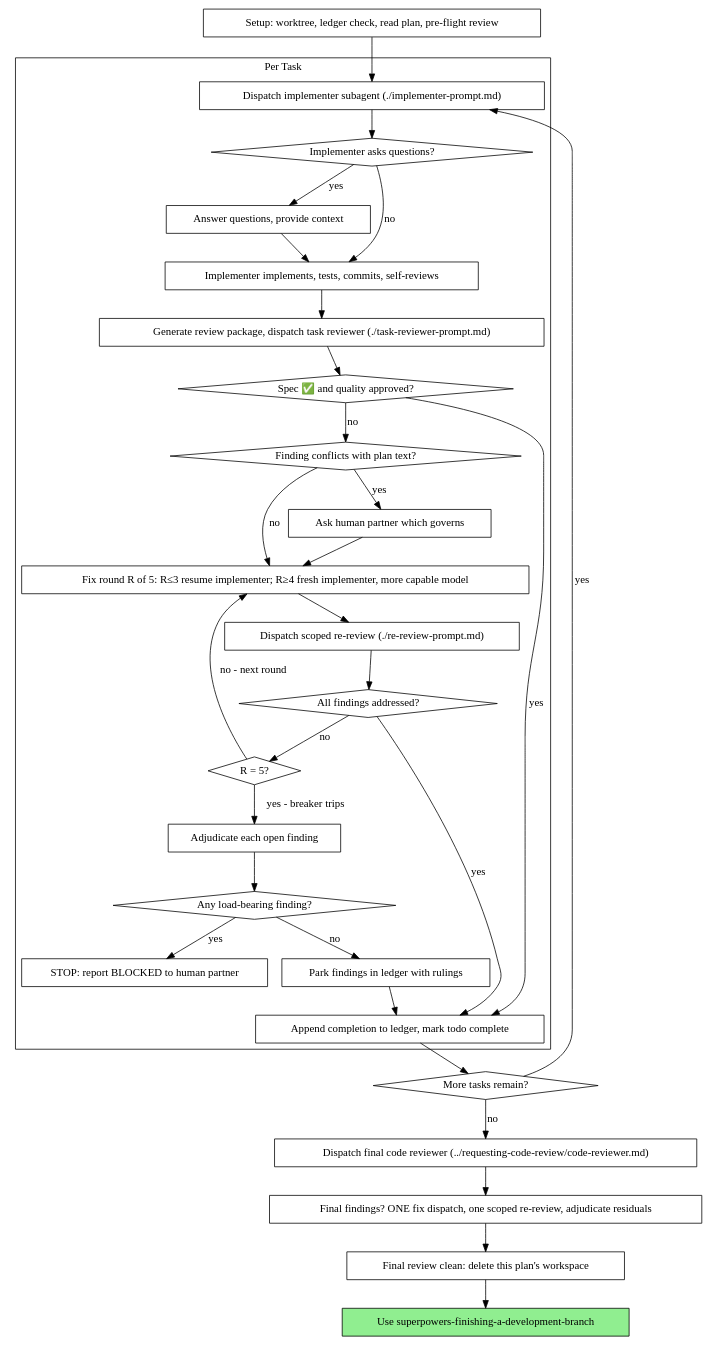
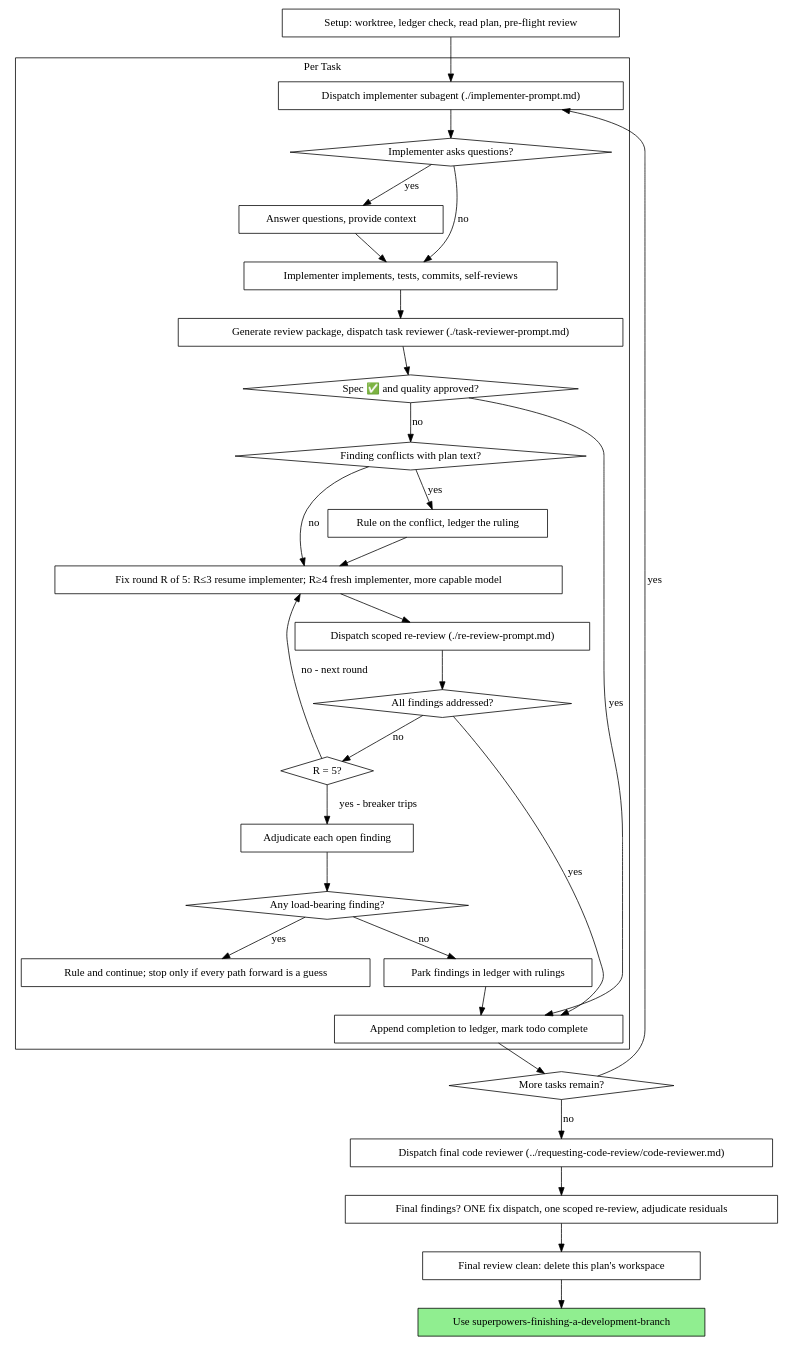
The second of 2 diagrams in .github/skills/superpowers-subagent-driven-development/SKILL.md (pagopa/cloud-strategy.github), drawn with Graphviz before and after one commit. The commit also changed other lines of this file and 29 other files, not shown here.

````diff
--- a/.github/skills/superpowers-subagent-driven-development/SKILL.md
+++ b/.github/skills/superpowers-subagent-driven-development/SKILL.md
@@ -47,62 +61,62 @@
 ```dot
 digraph process {
     rankdir=TB;
 
     subgraph cluster_per_task {
         label="Per Task";
         "Dispatch implementer subagent (./implementer-prompt.md)" [shape=box];
         "Implementer asks questions?" [shape=diamond];
         "Answer questions, provide context" [shape=box];
         "Implementer implements, tests, commits, self-reviews" [shape=box];
         "Generate review package, dispatch task reviewer (./task-reviewer-prompt.md)" [shape=box];
         "Spec ✅ and quality approved?" [shape=diamond];
         "Finding conflicts with plan text?" [shape=diamond];
-        "Ask human partner which governs" [shape=box];
+        "Rule on the conflict, ledger the ruling" [shape=box];
         "Fix round R of 5: R≤3 resume implementer; R≥4 fresh implementer, more capable model" [shape=box];
         "Dispatch scoped re-review (./re-review-prompt.md)" [shape=box];
         "All findings addressed?" [shape=diamond];
         "R = 5?" [shape=diamond];
         "Adjudicate each open finding" [shape=box];
         "Any load-bearing finding?" [shape=diamond];
-        "STOP: report BLOCKED to human partner" [shape=box];
+        "Rule and continue; stop only if every path forward is a guess" [shape=box];
         "Park findings in ledger with rulings" [shape=box];
         "Append completion to ledger, mark todo complete" [shape=box];
     }
 
     "Setup: worktree, ledger check, read plan, pre-flight review" [shape=box];
     "More tasks remain?" [shape=diamond];
     "Dispatch final code reviewer (../requesting-code-review/code-reviewer.md)" [shape=box];
     "Final findings? ONE fix dispatch, one scoped re-review, adjudicate residuals" [shape=box];
     "Final review clean: delete this plan's workspace" [shape=box];
     "Use superpowers-finishing-a-development-branch" [shape=box style=filled fillcolor=lightgreen];
 
     "Setup: worktree, ledger check, read plan, pre-flight review" -> "Dispatch implementer subagent (./implementer-prompt.md)";
     "Dispatch implementer subagent (./implementer-prompt.md)" -> "Implementer asks questions?";
     "Implementer asks questions?" -> "Answer questions, provide context" [label="yes"];
     "Answer questions, provide context" -> "Implementer implements, tests, commits, self-reviews";
     "Implementer asks questions?" -> "Implementer implements, tests, commits, self-reviews" [label="no"];
     "Implementer implements, tests, commits, self-reviews" -> "Generate review package, dispatch task reviewer (./task-reviewer-prompt.md)";
     "Generate review package, dispatch task reviewer (./task-reviewer-prompt.md)" -> "Spec ✅ and quality approved?";
     "Spec ✅ and quality approved?" -> "Append completion to ledger, mark todo complete" [label="yes"];
     "Spec ✅ and quality approved?" -> "Finding conflicts with plan text?" [label="no"];
-    "Finding conflicts with plan text?" -> "Ask human partner which governs" [label="yes"];
-    "Ask human partner which governs" -> "Fix round R of 5: R≤3 resume implementer; R≥4 fresh implementer, more capable model";
+    "Finding conflicts with plan text?" -> "Rule on the conflict, ledger the ruling" [label="yes"];
+    "Rule on the conflict, ledger the ruling" -> "Fix round R of 5: R≤3 resume implementer; R≥4 fresh implementer, more capable model";
     "Finding conflicts with plan text?" -> "Fix round R of 5: R≤3 resume implementer; R≥4 fresh implementer, more capable model" [label="no"];
     "Fix round R of 5: R≤3 resume implementer; R≥4 fresh implementer, more capable model" -> "Dispatch scoped re-review (./re-review-prompt.md)";
     "Dispatch scoped re-review (./re-review-prompt.md)" -> "All findings addressed?";
     "All findings addressed?" -> "Append completion to ledger, mark todo complete" [label="yes"];
     "All findings addressed?" -> "R = 5?" [label="no"];
     "R = 5?" -> "Fix round R of 5: R≤3 resume implementer; R≥4 fresh implementer, more capable model" [label="no - next round"];
     "R = 5?" -> "Adjudicate each open finding" [label="yes - breaker trips"];
     "Adjudicate each open finding" -> "Any load-bearing finding?";
-    "Any load-bearing finding?" -> "STOP: report BLOCKED to human partner" [label="yes"];
+    "Any load-bearing finding?" -> "Rule and continue; stop only if every path forward is a guess" [label="yes"];
     "Any load-bearing finding?" -> "Park findings in ledger with rulings" [label="no"];
     "Park findings in ledger with rulings" -> "Append completion to ledger, mark todo complete";
     "Append completion to ledger, mark todo complete" -> "More tasks remain?";
     "More tasks remain?" -> "Dispatch implementer subagent (./implementer-prompt.md)" [label="yes"];
     "More tasks remain?" -> "Dispatch final code reviewer (../requesting-code-review/code-reviewer.md)" [label="no"];
     "Dispatch final code reviewer (../requesting-code-review/code-reviewer.md)" -> "Final findings? ONE fix dispatch, one scoped re-review, adjudicate residuals";
     "Final findings? ONE fix dispatch, one scoped re-review, adjudicate residuals" -> "Final review clean: delete this plan's workspace";
     "Final review clean: delete this plan's workspace" -> "Use superpowers-finishing-a-development-branch";
 }
 ```
````
